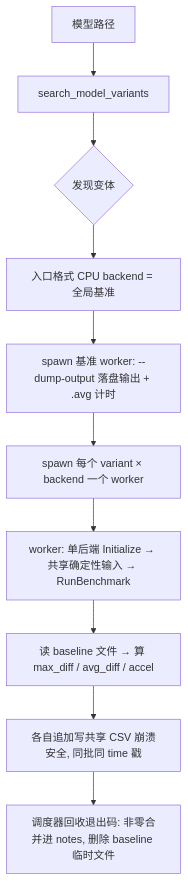
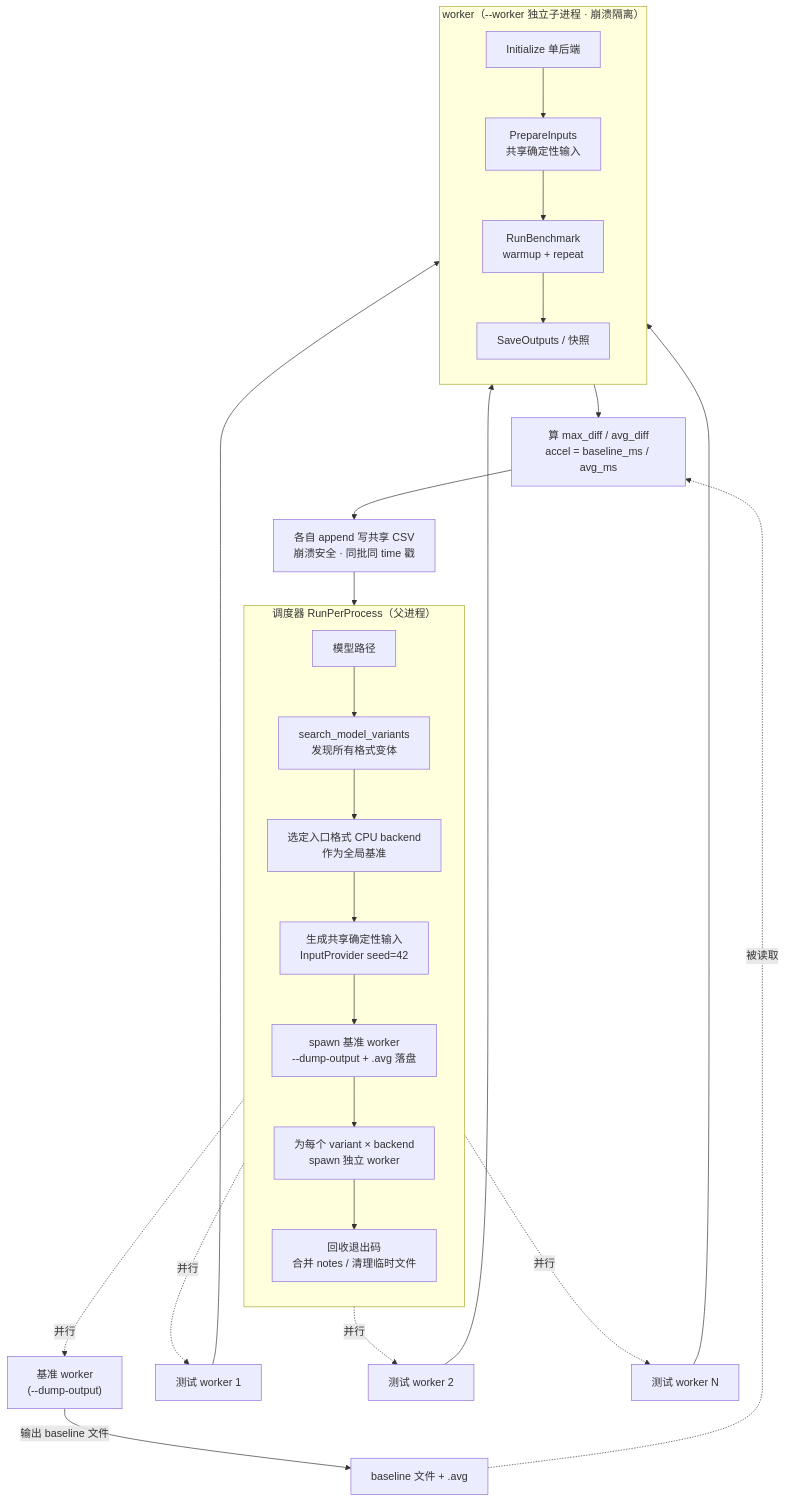
Before and after one commit to Panda-Young/unified_model_bench: the diagram in README.md, drawn with Mermaid. The commit also changed other lines of this file and 2 other files, not shown here.

````diff
--- a/README.md
+++ b/README.md
@@ -294,12 +296,34 @@
 ```mermaid
 flowchart TD
-    A[模型路径] --> B[search_model_variants]
-    B --> C{发现变体}
-    C --> D[入口格式 CPU backend = 全局基准]
-    D --> E[spawn 基准 worker: --dump-output 落盘输出 + .avg 计时]
-    E --> F[spawn 每个 variant × backend 一个 worker]
-    F --> G[worker: 单后端 Initialize → 共享确定性输入 → RunBenchmark]
-    G --> H[读 baseline 文件 → 算 max_diff / avg_diff / accel]
-    H --> I[各自追加写共享 CSV 崩溃安全, 同批同 time 戳]
-    I --> J[调度器回收退出码: 非零合并进 notes, 删除 baseline 临时文件]
+    subgraph SCHED["调度器 RunPerProcess（父进程）"]
+        direction TB
+        A["模型路径"] --> B["search_model_variants<br/>发现所有格式变体"]
+        B --> C["选定入口格式 CPU backend<br/>作为全局基准"]
+        C --> D["生成共享确定性输入<br/>InputProvider seed=42"]
+        D --> E["spawn 基准 worker<br/>--dump-output + .avg 落盘"]
+        E --> F["为每个 variant × backend<br/>spawn 独立 worker"]
+        F --> G["回收退出码<br/>合并 notes / 清理临时文件"]
+    end
+
+    E -.并行.-> BW["基准 worker<br/>(--dump-output)"]
+    F -.并行.-> W1["测试 worker 1"]
+    F -.并行.-> W2["测试 worker 2"]
+    F -.并行.-> WN["测试 worker N"]
+
+    BW -->|"输出 baseline 文件"| BL["baseline 文件 + .avg"]
+
+    subgraph W["worker（--worker 独立子进程 · 崩溃隔离）"]
+        direction TB
+        I["Initialize 单后端"] --> P["PrepareInputs<br/>共享确定性输入"]
+        P --> R["RunBenchmark<br/>warmup + repeat"]
+        R --> O["SaveOutputs / 快照"]
+    end
+
+    W1 --> I
+    W2 --> I
+    WN --> I
+    BL -.被读取.-> Y["算 max_diff / avg_diff<br/>accel = baseline_ms / avg_ms"]
+    O --> Y
+    Y --> Z["各自 append 写共享 CSV<br/>崩溃安全 · 同批同 time 戳"]
+    Z --> G
 ```
````
